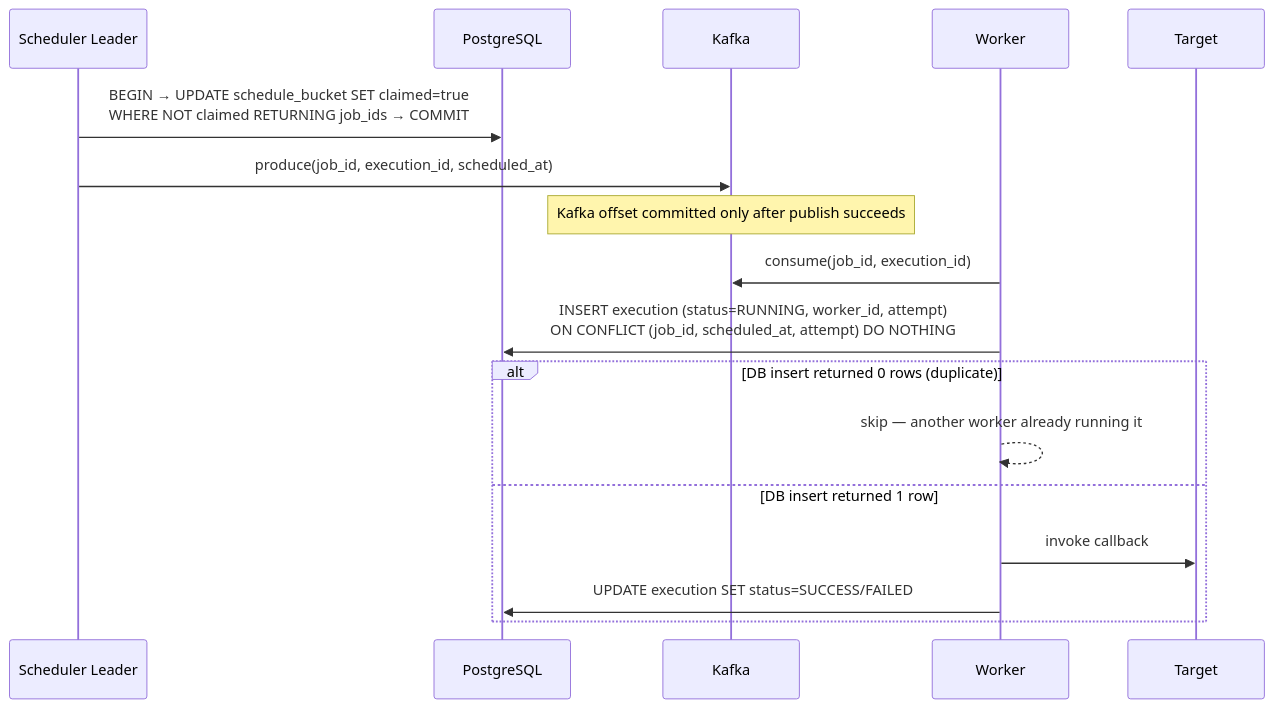
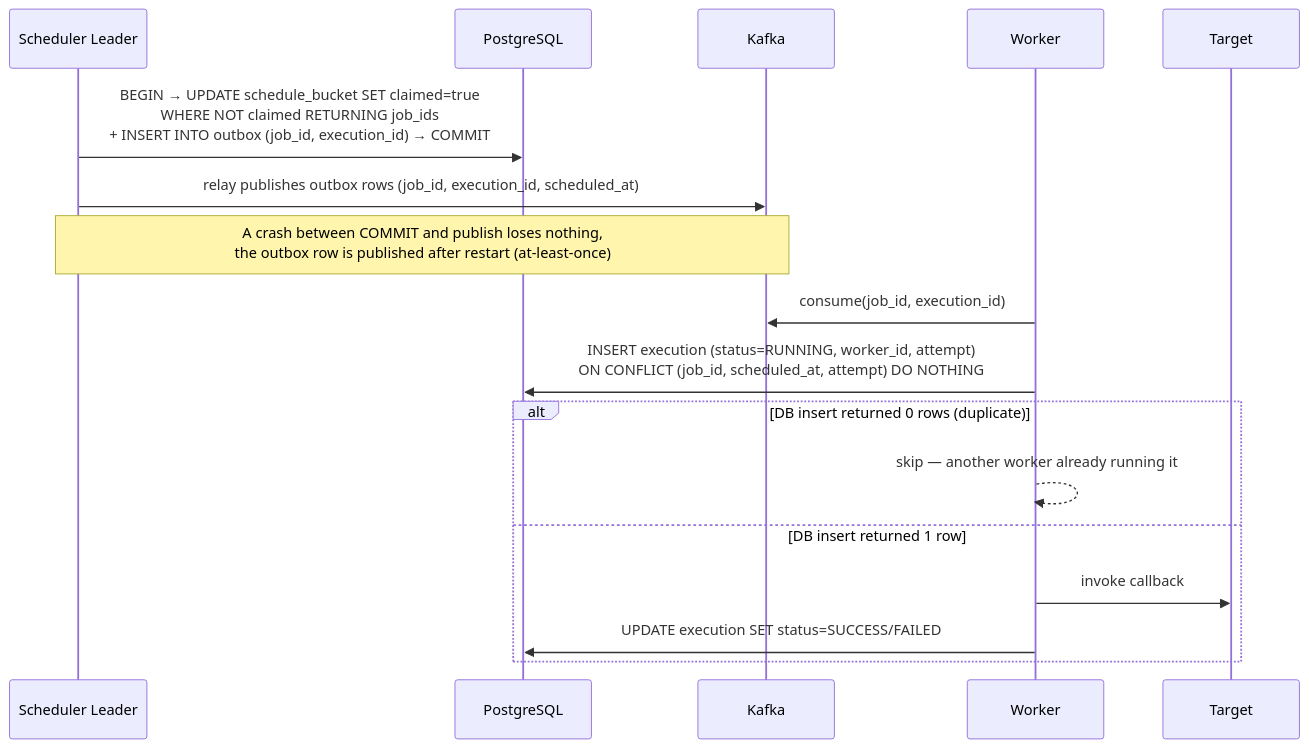
The fourth of 5 diagrams in Bonus-Real-World-Architectures/21-Distributed-Job-Scheduler/README.md (Ankan1998/learn-system-design), drawn with Mermaid before and after one commit. The commit also changed other lines of this file and 139 other files, not shown here.

````diff
--- a/Bonus-Real-World-Architectures/21-Distributed-Job-Scheduler/README.md
+++ b/Bonus-Real-World-Architectures/21-Distributed-Job-Scheduler/README.md
@@ -265,19 +269,19 @@
 ```mermaid
 sequenceDiagram
     participant S as Scheduler Leader
     participant DB as PostgreSQL
     participant K as Kafka
     participant W as Worker
 
-    S->>DB: BEGIN → UPDATE schedule_bucket SET claimed=true<br/>WHERE NOT claimed RETURNING job_ids → COMMIT
-    S->>K: produce(job_id, execution_id, scheduled_at)
-    Note over K: Kafka offset committed only after publish succeeds
+    S->>DB: BEGIN → UPDATE schedule_bucket SET claimed=true<br/>WHERE NOT claimed RETURNING job_ids<br/>+ INSERT INTO outbox (job_id, execution_id) → COMMIT
+    S->>K: relay publishes outbox rows (job_id, execution_id, scheduled_at)
+    Note over S,K: A crash between COMMIT and publish loses nothing,<br/>the outbox row is published after restart (at-least-once)
     W->>K: consume(job_id, execution_id)
     W->>DB: INSERT execution (status=RUNNING, worker_id, attempt)<br/>ON CONFLICT (job_id, scheduled_at, attempt) DO NOTHING
     alt DB insert returned 0 rows (duplicate)
         W-->>W: skip — another worker already running it
     else DB insert returned 1 row
         W->>Target: invoke callback
         W->>DB: UPDATE execution SET status=SUCCESS/FAILED
     end
 ```
````
